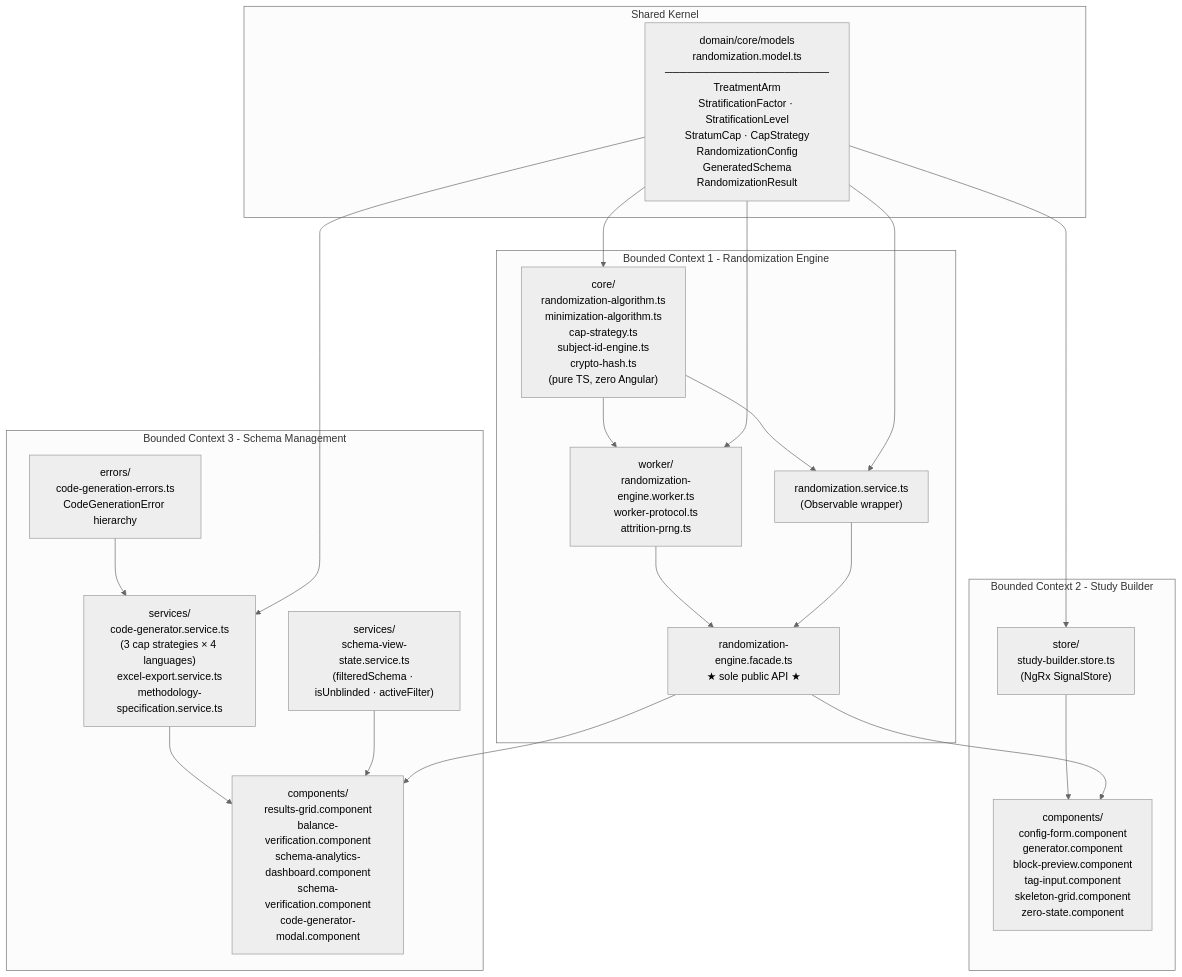
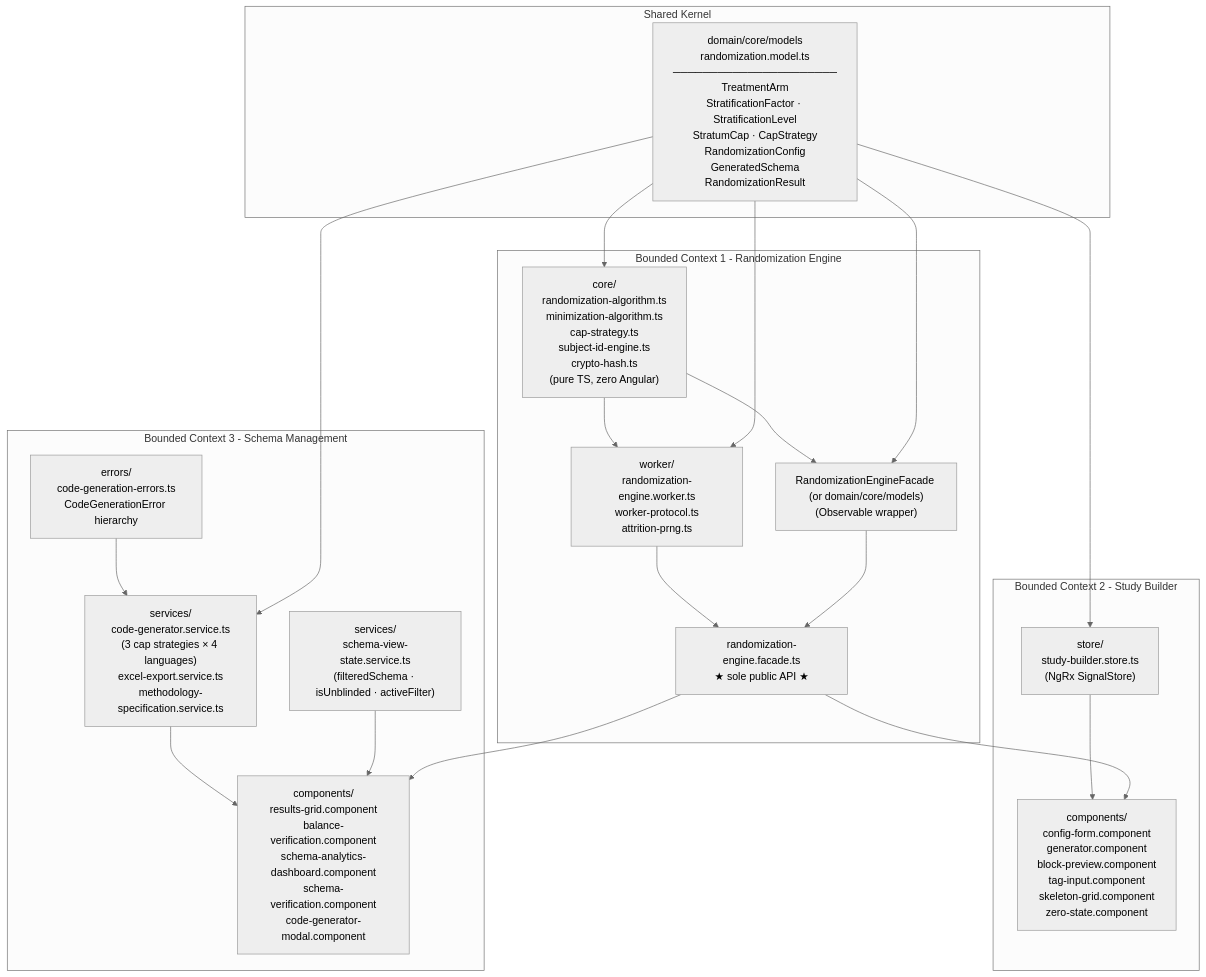
One commit to fderuiter/Equipose changed the first of 18 diagrams in docs/ARCHITECTURE.md. Above: the diagram before and after it, drawn with Mermaid (neutral theme). The commit also changed other lines of this file and 3 other files, not shown here.

Commit message:
docs: automate architecture and data model sync

````diff
--- a/docs/ARCHITECTURE.md
+++ b/docs/ARCHITECTURE.md
@@ -202,42 +202,42 @@
 ```mermaid
 graph TD
     subgraph "Shared Kernel"
         MODEL["domain/core/models\nrandomization.model.ts\n──────────────────────\nTreatmentArm\nStratificationFactor · StratificationLevel\nStratumCap · CapStrategy\nRandomizationConfig\nGeneratedSchema\nRandomizationResult"]
     end
 
     subgraph "Bounded Context 1 - Randomization Engine"
         ALGO["core/\nrandomization-algorithm.ts\nminimization-algorithm.ts\ncap-strategy.ts\nsubject-id-engine.ts\ncrypto-hash.ts\n(pure TS, zero Angular)"]
         WORKER["worker/\nrandomization-engine.worker.ts\nworker-protocol.ts\nattrition-prng.ts"]
-        SVC["randomization.service.ts\n(Observable wrapper)"]
+        SVC["RandomizationEngineFacade (or domain/core/models)\n(Observable wrapper)"]
         FACADE["randomization-engine.facade.ts\n★ sole public API ★"]
         ALGO --> WORKER
         ALGO --> SVC
         WORKER --> FACADE
         SVC --> FACADE
     end
 
     subgraph "Bounded Context 2 - Study Builder"
         STORE["store/\nstudy-builder.store.ts\n(NgRx SignalStore)"]
         FORM["components/\nconfig-form.component\ngenerator.component\nblock-preview.component\ntag-input.component\nskeleton-grid.component\nzero-state.component"]
         STORE --> FORM
     end
 
     subgraph "Bounded Context 3 - Schema Management"
         ERRORS["errors/\ncode-generation-errors.ts\nCodeGenerationError hierarchy"]
         VSSTATE["services/\nschema-view-state.service.ts\n(filteredSchema · isUnblinded · activeFilter)"]
         CODEGEN["services/\ncode-generator.service.ts\n(3 cap strategies × 4 languages)\nexcel-export.service.ts\nmethodology-specification.service.ts"]
         GRID["components/\nresults-grid.component\nbalance-verification.component\nschema-analytics-dashboard.component\nschema-verification.component\ncode-generator-modal.component"]
         ERRORS --> CODEGEN
         CODEGEN --> GRID
         VSSTATE --> GRID
     end
 
     MODEL --> ALGO
     MODEL --> SVC
     MODEL --> WORKER
     MODEL --> STORE
     MODEL --> CODEGEN
 
     FACADE --> FORM
     FACADE --> GRID
 ```
````
